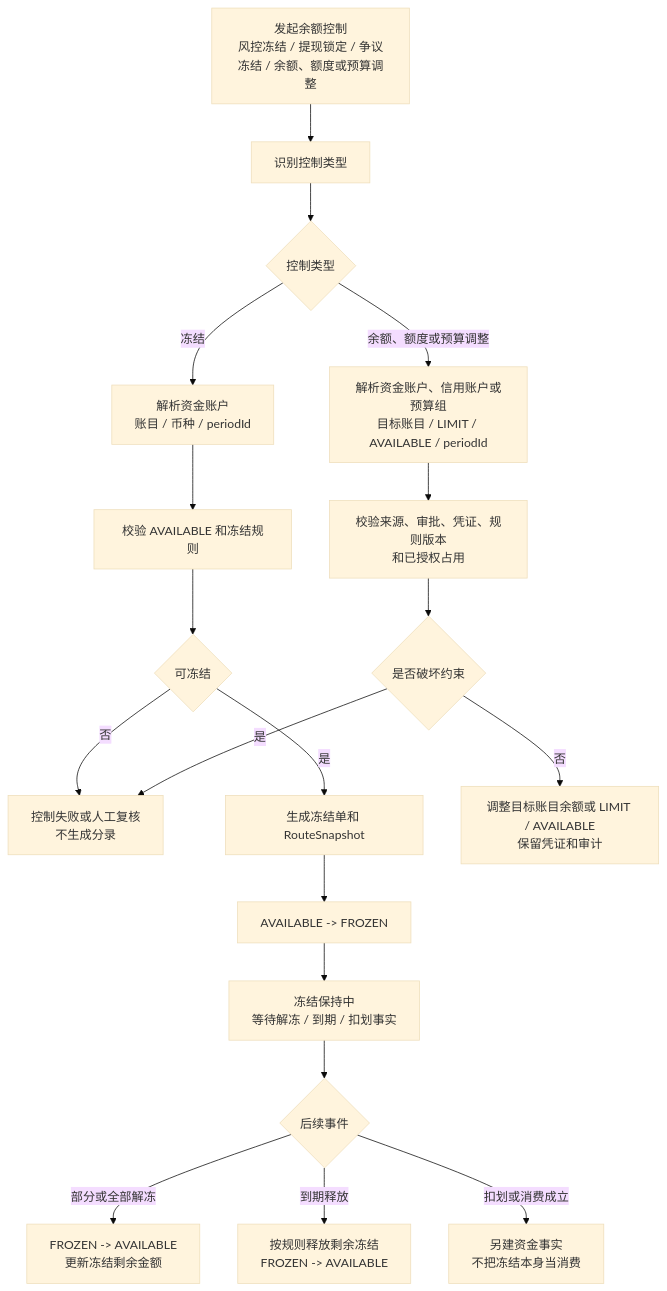
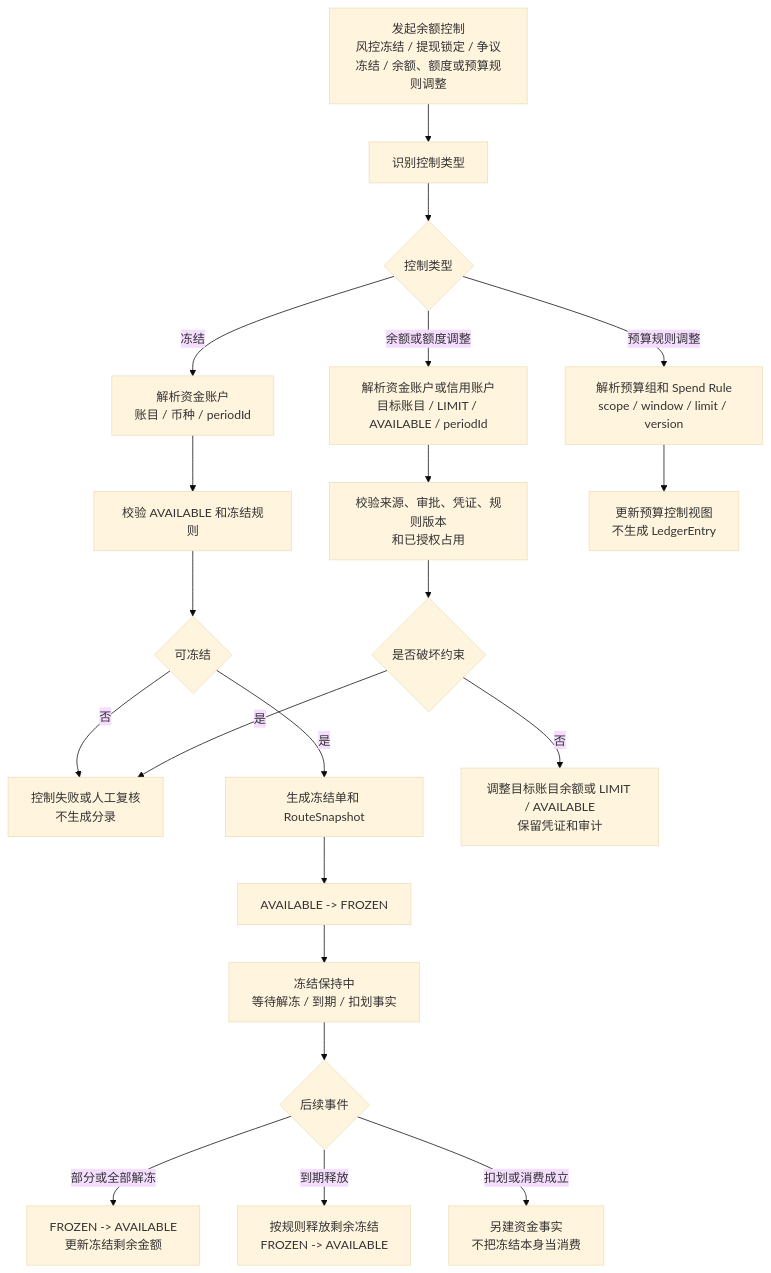
Before and after one commit to fengwuxp/wind-funds: diagram 13 of 22 in docs/产品设计/02-交易路由钱包账目与投影.md, drawn with Mermaid (base theme). The commit also changed other lines of this file and 39 other files, not shown here.

````diff
--- a/docs/产品设计/02-交易路由钱包账目与投影.md
+++ b/docs/产品设计/02-交易路由钱包账目与投影.md
@@ -915,21 +928,23 @@
 ```mermaid
 flowchart TD
-    A["发起余额控制\n风控冻结 / 提现锁定 / 争议冻结 / 余额、额度或预算调整"] --> B["识别控制类型"]
+    A["发起余额控制\n风控冻结 / 提现锁定 / 争议冻结 / 余额、额度或预算规则调整"] --> B["识别控制类型"]
     B --> C{"控制类型"}
     C -- "冻结" --> D["解析资金账户\n账目 / 币种 / periodId"]
     D --> E["校验 AVAILABLE 和冻结规则"]
     E --> F{"可冻结"}
     F -- "否" --> G["控制失败或人工复核\n不生成分录"]
     F -- "是" --> H["生成冻结单和 RouteSnapshot"]
     H --> I["AVAILABLE -> FROZEN"]
     I --> J["冻结保持中\n等待解冻 / 到期 / 扣划事实"]
     J --> K{"后续事件"}
     K -- "部分或全部解冻" --> L["FROZEN -> AVAILABLE\n更新冻结剩余金额"]
     K -- "到期释放" --> M["按规则释放剩余冻结\nFROZEN -> AVAILABLE"]
     K -- "扣划或消费成立" --> N["另建资金事实\n不把冻结本身当消费"]
-    C -- "余额、额度或预算调整" --> O["解析资金账户、信用账户或预算组\n目标账目 / LIMIT / AVAILABLE / periodId"]
+    C -- "余额或额度调整" --> O["解析资金账户或信用账户\n目标账目 / LIMIT / AVAILABLE / periodId"]
     O --> P["校验来源、审批、凭证、规则版本\n和已授权占用"]
     P --> Q{"是否破坏约束"}
     Q -- "是" --> G
     Q -- "否" --> R["调整目标账目余额或 LIMIT / AVAILABLE\n保留凭证和审计"]
+    C -- "预算规则调整" --> S["解析预算组和 Spend Rule\nscope / window / limit / version"]
+    S --> T["更新预算控制视图\n不生成 LedgerEntry"]
 ```
````
